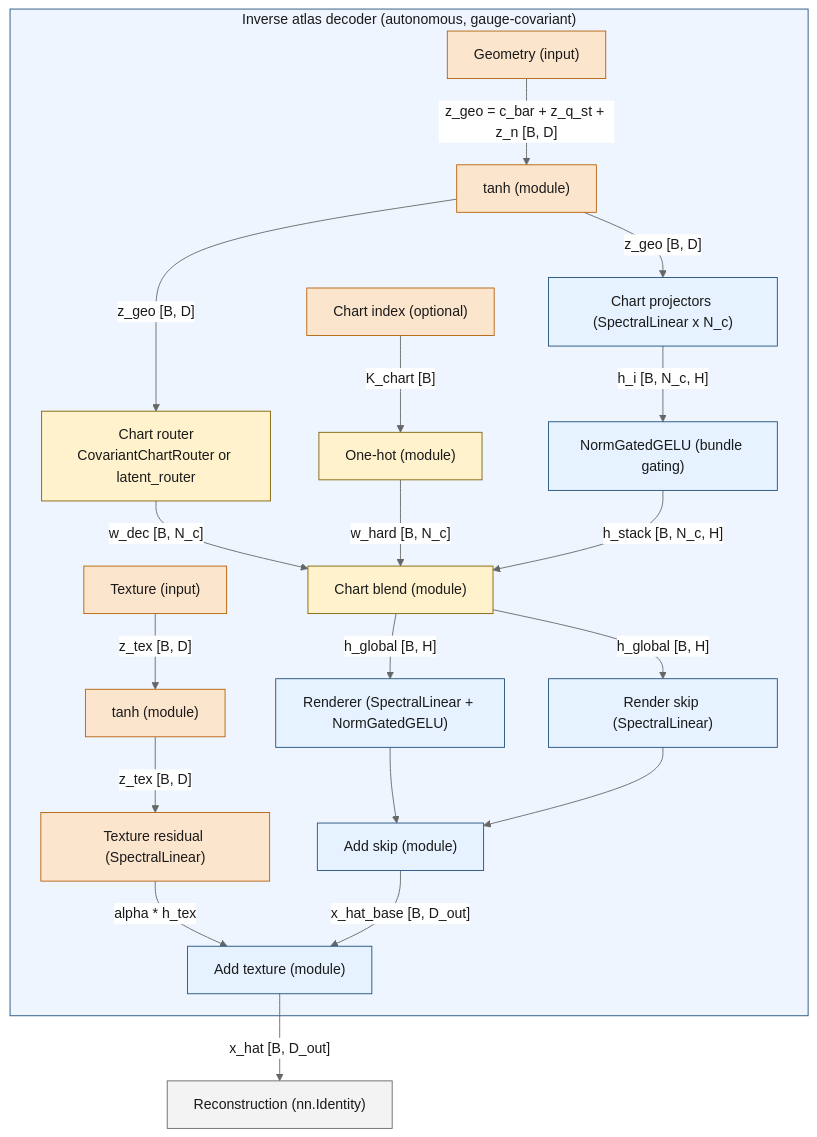
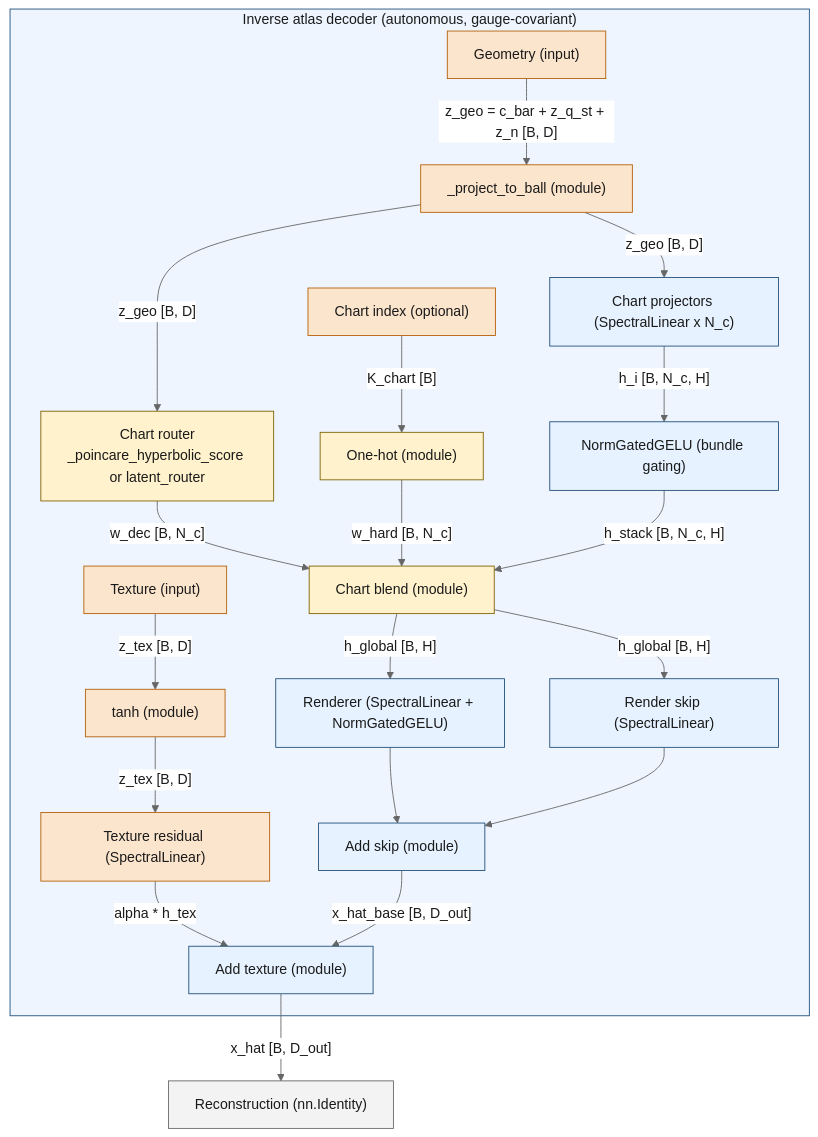
The third of 3 diagrams in docs/source/1_agent/03_architecture/01_compute_tiers.md (FragileTech/fragile), drawn with Mermaid before and after one commit. The commit also changed other lines of this file and 127 other files, not shown here.

````diff
--- a/docs/source/1_agent/03_architecture/01_compute_tiers.md
+++ b/docs/source/1_agent/03_architecture/01_compute_tiers.md
@@ -1634,39 +1638,39 @@
 ```{mermaid}
 %%{init: {"themeVariables": {"edgeLabelBackground":"#ffffff","textColor":"#1a1a1a","lineColor":"#666666"}}}%%
 flowchart TD
     subgraph DEC["Inverse atlas decoder (autonomous, gauge-covariant)"]
-        Zgeo["Geometry (input)"] -- "z_geo = c_bar + z_q_st + z_n [B, D]" --> TanhGeo["tanh (module)"]
+        Zgeo["Geometry (input)"] -- "z_geo = c_bar + z_q_st + z_n [B, D]" --> TanhGeo["_project_to_ball (module)"]
         TanhGeo -- "z_geo [B, D]" --> ChartProj["Chart projectors (SpectralLinear x N_c)"]
         ChartProj -- "h_i [B, N_c, H]" --> ChartGate["NormGatedGELU (bundle gating)"]
-        TanhGeo -- "z_geo [B, D]" --> Router["Chart router\nCovariantChartRouter or latent_router"]
+        TanhGeo -- "z_geo [B, D]" --> Router["Chart router\n_poincare_hyperbolic_score or latent_router"]
         ChartIdx["Chart index (optional)"] -- "K_chart [B]" --> OneHot["One-hot (module)"]
         Router -- "w_dec [B, N_c]" --> Mix["Chart blend (module)"]
         OneHot -- "w_hard [B, N_c]" --> Mix
 
         ChartGate -- "h_stack [B, N_c, H]" --> Mix
         Mix -- "h_global [B, H]" --> Render["Renderer (SpectralLinear + NormGatedGELU)"]
         Mix -- "h_global [B, H]" --> Skip["Render skip (SpectralLinear)"]
         Render --> AddSkip["Add skip (module)"]
         Skip --> AddSkip
 
         Ztex["Texture (input)"] -- "z_tex [B, D]" --> TanhTex["tanh (module)"]
         TanhTex -- "z_tex [B, D]" --> TexRes["Texture residual (SpectralLinear)"]
         TexRes -- "alpha * h_tex" --> AddTex["Add texture (module)"]
         AddSkip -- "x_hat_base [B, D_out]" --> AddTex
     end
 
     AddTex -- "x_hat [B, D_out]" --> Out["Reconstruction (nn.Identity)"]
 
     classDef decoder fill:#e6f2ff,stroke:#1f4e79,stroke-width:1px,color:#1a1a1a;
     classDef router fill:#fff2cc,stroke:#7f6000,stroke-width:1px,color:#1a1a1a;
     classDef vq fill:#e2f0d9,stroke:#38761d,stroke-width:1px,color:#1a1a1a;
     classDef residual fill:#fce5cd,stroke:#b45f06,stroke-width:1px,color:#1a1a1a;
     classDef io fill:#f3f3f3,stroke:#666666,stroke-width:1px,color:#1a1a1a;
 
     class Router,OneHot,Mix router;
     class ChartIdx,Zgeo,Ztex,TanhGeo,TanhTex,TexRes residual;
     class ChartProj,ChartGate,Render,Skip,AddSkip,AddTex decoder;
     class Out io;
 
     style DEC fill:#eef5ff,stroke:#1f4e79,stroke-width:1px,color:#1a1a1a;
 ```
````
